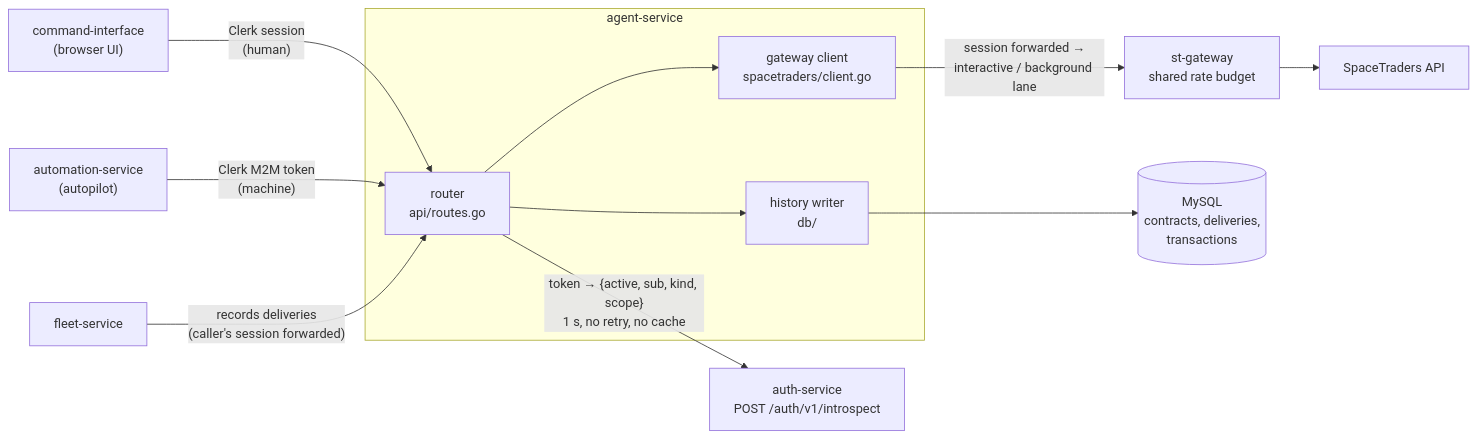
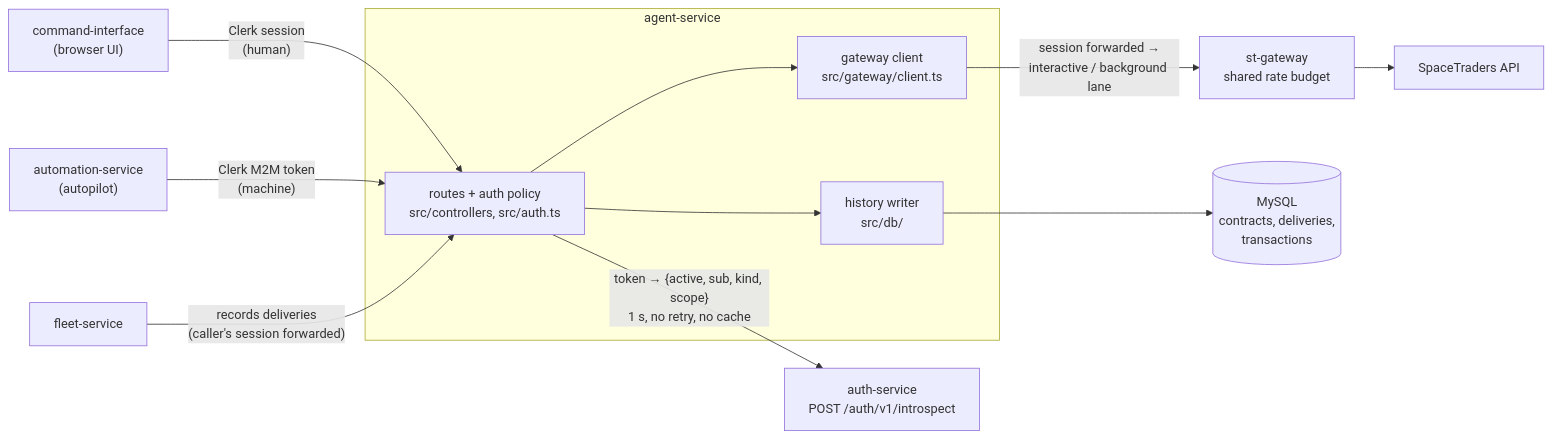
The first of 3 diagrams in README.md (V-M-Pioneer-Trading/agent-service), drawn with Mermaid before and after one commit. The commit also changed other lines of this file and 131 other files, not shown here.

````diff
--- a/README.md
+++ b/README.md
@@ -19,28 +19,28 @@
 ```mermaid
 flowchart LR
     browser["command-interface<br/>(browser UI)"]
     autopilot["automation-service<br/>(autopilot)"]
     fleet["fleet-service"]
 
     subgraph this["agent-service"]
-        router["router<br/>api/routes.go"]
-        client["gateway client<br/>spacetraders/client.go"]
-        store["history writer<br/>db/"]
+        router["routes + auth policy<br/>src/controllers, src/auth.ts"]
+        client["gateway client<br/>src/gateway/client.ts"]
+        store["history writer<br/>src/db/"]
     end
 
     gateway["st-gateway<br/>shared rate budget"]
     st["SpaceTraders API"]
     mysql[("MySQL<br/>contracts, deliveries,<br/>transactions")]
     auth["auth-service<br/>POST /auth/v1/introspect"]
 
     browser -->|"Clerk session<br/>(human)"| router
     autopilot -->|"Clerk M2M token<br/>(machine)"| router
     fleet -->|"records deliveries<br/>(caller's session forwarded)"| router
 
     router -->|"token → {active, sub, kind, scope}<br/>1 s, no retry, no cache"| auth
     router --> client
     router --> store
     client -->|"session forwarded →<br/>interactive / background lane"| gateway
     gateway --> st
     store --> mysql
 ```
````
